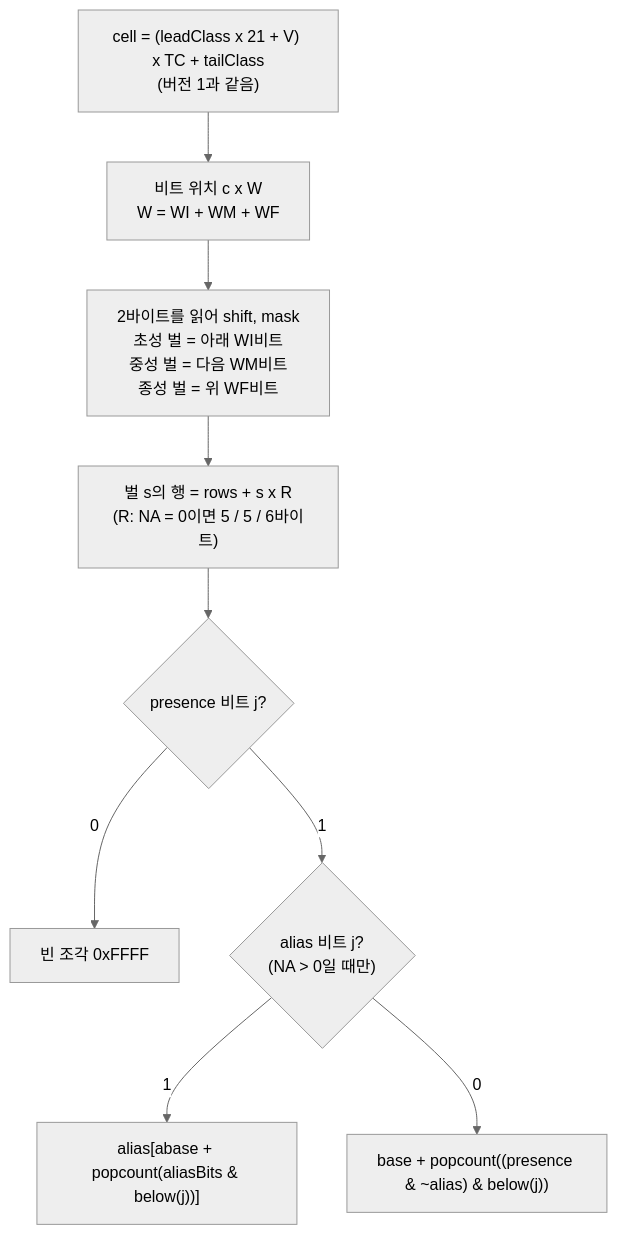
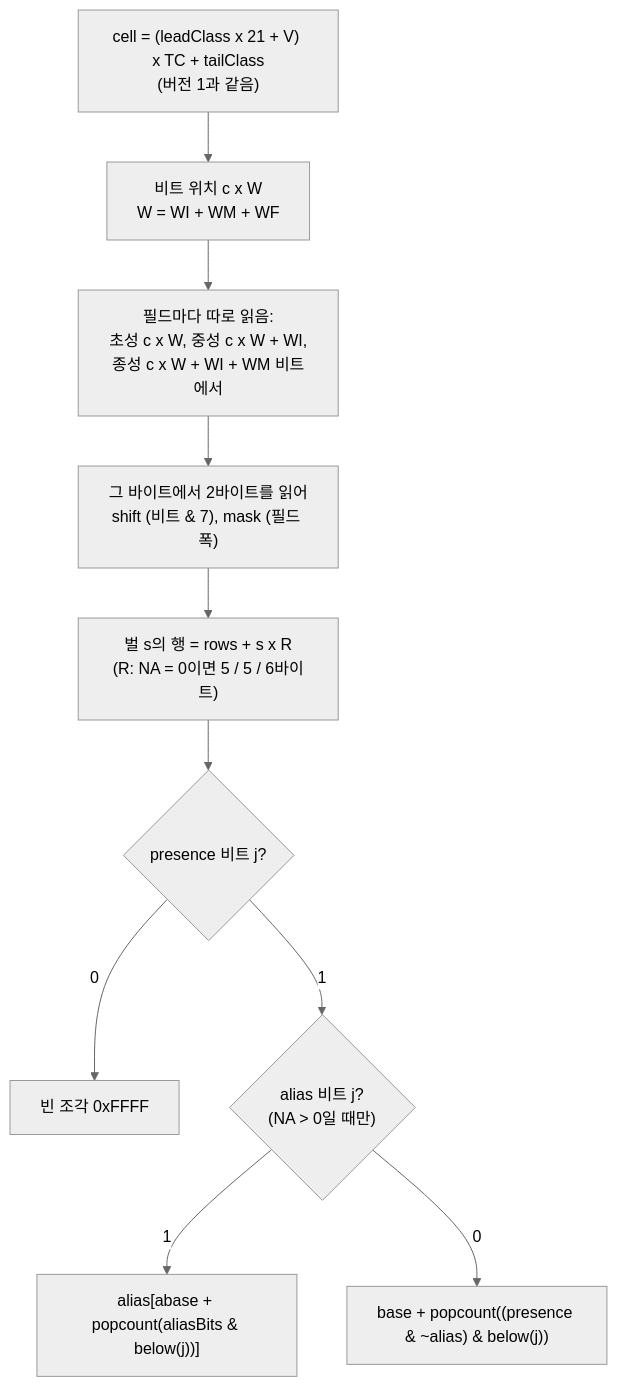
One commit to TaehyunKimLL/svf-fonts-open changed diagram 15 of 26 in docs/jamo-sets.ko.md. Above: the diagram before and after it, drawn with Mermaid (neutral theme). The commit also changed other lines of this file and 1 other file, not shown here.

````diff
--- a/docs/jamo-sets.ko.md
+++ b/docs/jamo-sets.ko.md
@@ -692,11 +698,12 @@
 ```mermaid
 flowchart TD
   A["cell = (leadClass x 21 + V) x TC + tailClass<br/>(버전 1과 같음)"] --> B["비트 위치 c x W<br/>W = WI + WM + WF"]
-  B --> C["2바이트를 읽어 shift, mask<br/>초성 벌 = 아래 WI비트<br/>중성 벌 = 다음 WM비트<br/>종성 벌 = 위 WF비트"]
-  C --> D["벌 s의 행 = rows + s x R<br/>(R: NA = 0이면 5 / 5 / 6바이트)"]
+  B --> C["필드마다 따로 읽음:<br/>초성 c x W, 중성 c x W + WI,<br/>종성 c x W + WI + WM 비트에서"]
+  C --> C2["그 바이트에서 2바이트를 읽어<br/>shift (비트 & 7), mask (필드 폭)"]
+  C2 --> D["벌 s의 행 = rows + s x R<br/>(R: NA = 0이면 5 / 5 / 6바이트)"]
   D --> E{"presence 비트 j?"}
   E -->|0| X["빈 조각 0xFFFF"]
   E -->|1| F{"alias 비트 j?<br/>(NA > 0일 때만)"}
   F -->|1| G["alias[abase + popcount(aliasBits & below(j))]"]
   F -->|0| H["base + popcount((presence & ~alias) & below(j))"]
 ```
````
